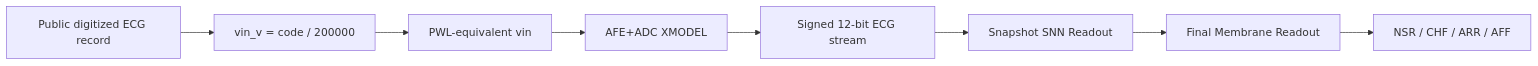
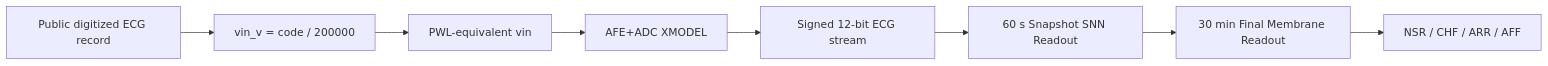
The diagram in docs/SYSTEM_ARCHITECTURE_KR.md (Sheep-gun/ECG-SoC-Integrated), drawn with Mermaid before and after one commit. The commit also changed other lines of this file and 19 other files, not shown here.

````diff
--- a/docs/SYSTEM_ARCHITECTURE_KR.md
+++ b/docs/SYSTEM_ARCHITECTURE_KR.md
@@ -5,10 +7,10 @@
 ```mermaid
 flowchart LR
     A["Public digitized ECG record"] --> B["vin_v = code / 200000"]
     B --> C["PWL-equivalent vin"]
     C --> D["AFE+ADC XMODEL"]
     D --> E["Signed 12-bit ECG stream"]
-    E --> F["Snapshot SNN Readout"]
-    F --> G["Final Membrane Readout"]
+    E --> F["60 s Snapshot SNN Readout"]
+    F --> G["30 min Final Membrane Readout"]
     G --> H["NSR / CHF / ARR / AFF"]
 ```
````
